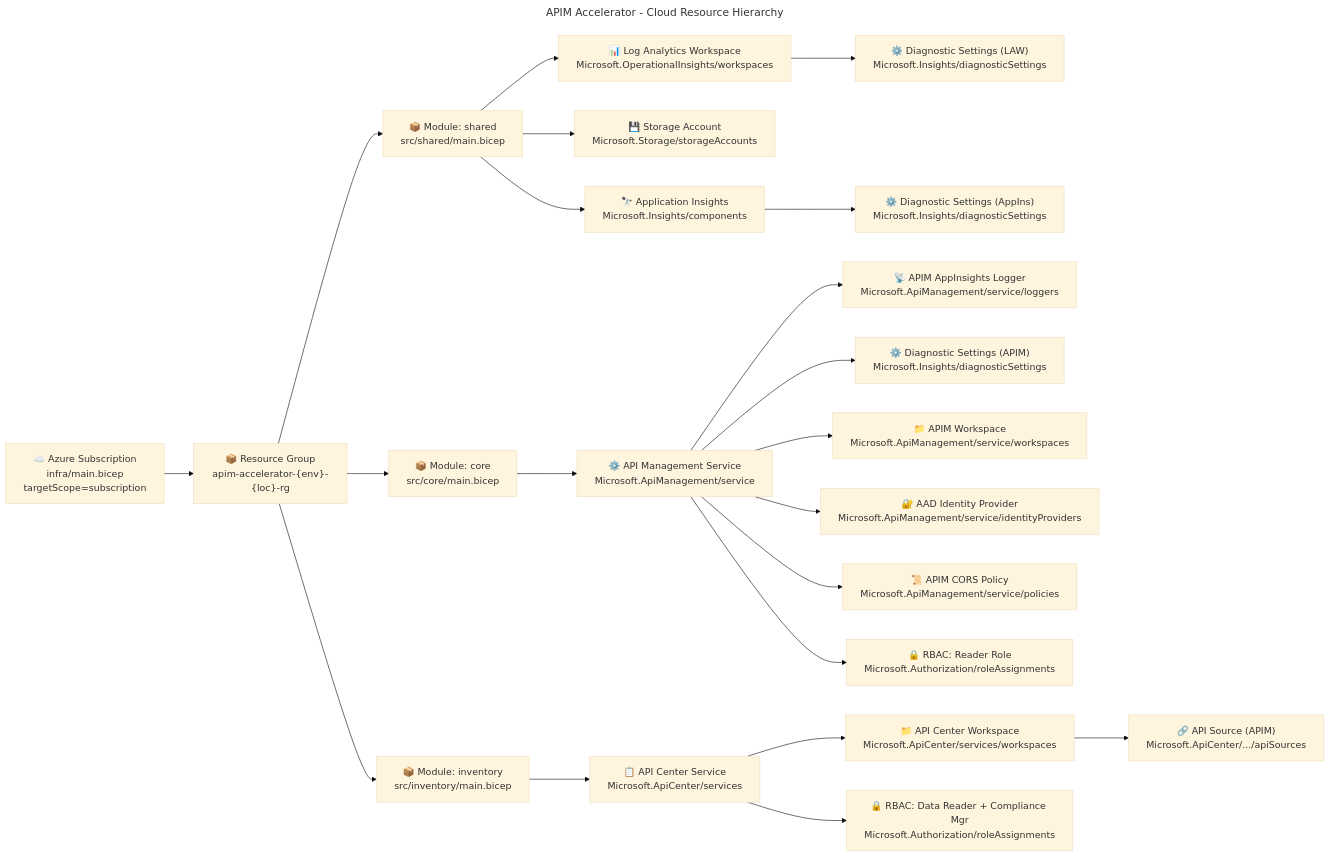
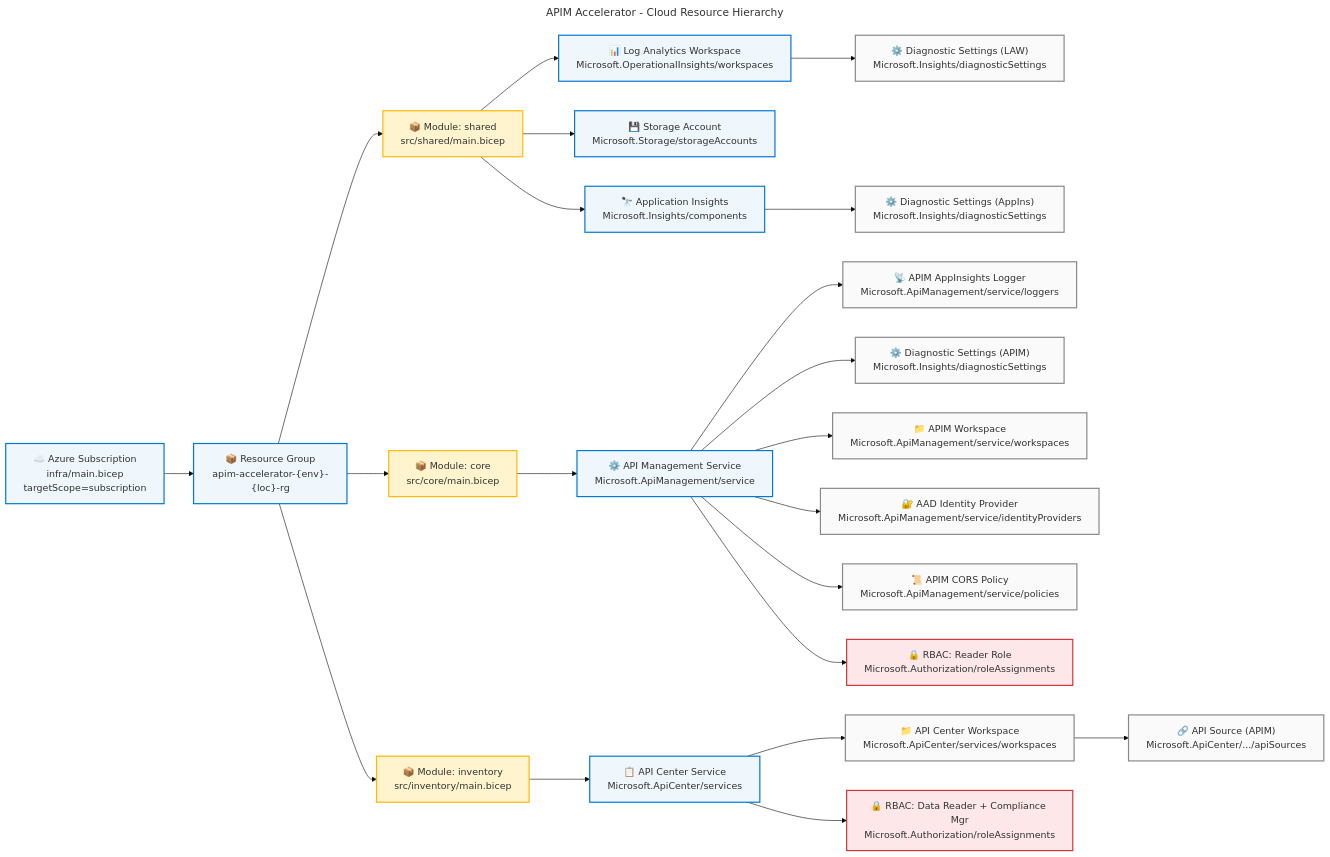
The second of 2 diagrams in docs/architecture/technology-architecture.md (Evilazaro/APIM-Accelerator), drawn with Mermaid before and after one commit. The commit also changed other lines of this file, not shown here.

Commit message:
style: enhance Azure/Fluent architecture pattern v2.0 with semantic classes, accessibility governance, and improved flowchart styles

````diff
--- a/docs/architecture/technology-architecture.md
+++ b/docs/architecture/technology-architecture.md
@@ -878,6 +900,17 @@
 flowchart LR
     accTitle: APIM Accelerator Cloud Resource Hierarchy
     accDescr: Shows hierarchical Bicep module decomposition and resource ownership from subscription scope to individual Azure resources
+
+    %% ═══════════════════════════════════════════════════════════════════════════
+    %% AZURE / FLUENT ARCHITECTURE PATTERN v2.0
+    %% (Semantic + Structural + Font + Accessibility Governance)
+    %% ═══════════════════════════════════════════════════════════════════════════
+    %% PHASE 1 - FLUENT UI: All styling uses approved Fluent UI palette only
+    %% PHASE 2 - GROUPS: Every subgraph has semantic color via style directive
+    %% PHASE 3 - COMPONENTS: Every node has semantic classDef + icon prefix
+    %% PHASE 4 - ACCESSIBILITY: accTitle/accDescr present, WCAG AA contrast
+    %% PHASE 5 - STANDARD: Governance block present, classDefs centralized
+    %% ═══════════════════════════════════════════════════════════════════════════
 
 
 
@@ -929,5 +962,10 @@
     R_APC_WS --> R_APC_SRC
     R_APC --> R_RBAC_APC
 
+    classDef neutral fill:#FAFAFA,stroke:#8A8886,stroke-width:2px,color:#323130
+    classDef core fill:#EFF6FC,stroke:#0078D4,stroke-width:2px,color:#323130
+    classDef success fill:#DFF6DD,stroke:#107C10,stroke-width:2px,color:#323130
+    classDef warning fill:#FFF4CE,stroke:#FFB900,stroke-width:2px,color:#323130
+    classDef danger fill:#FDE7E9,stroke:#D13438,stroke-width:2px,color:#323130
 
 ```
````
